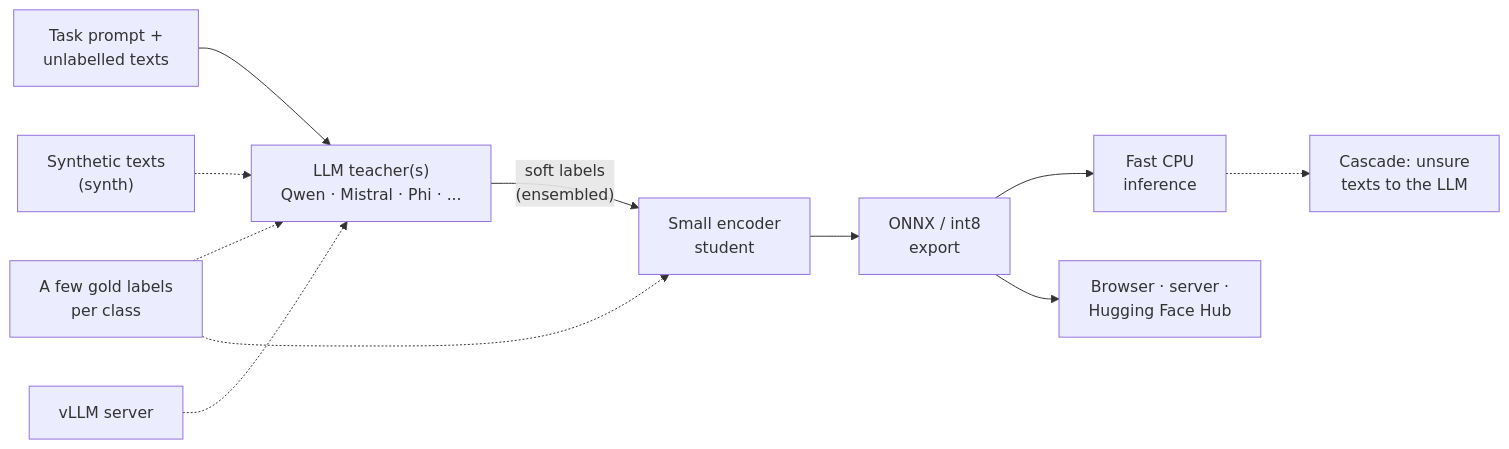
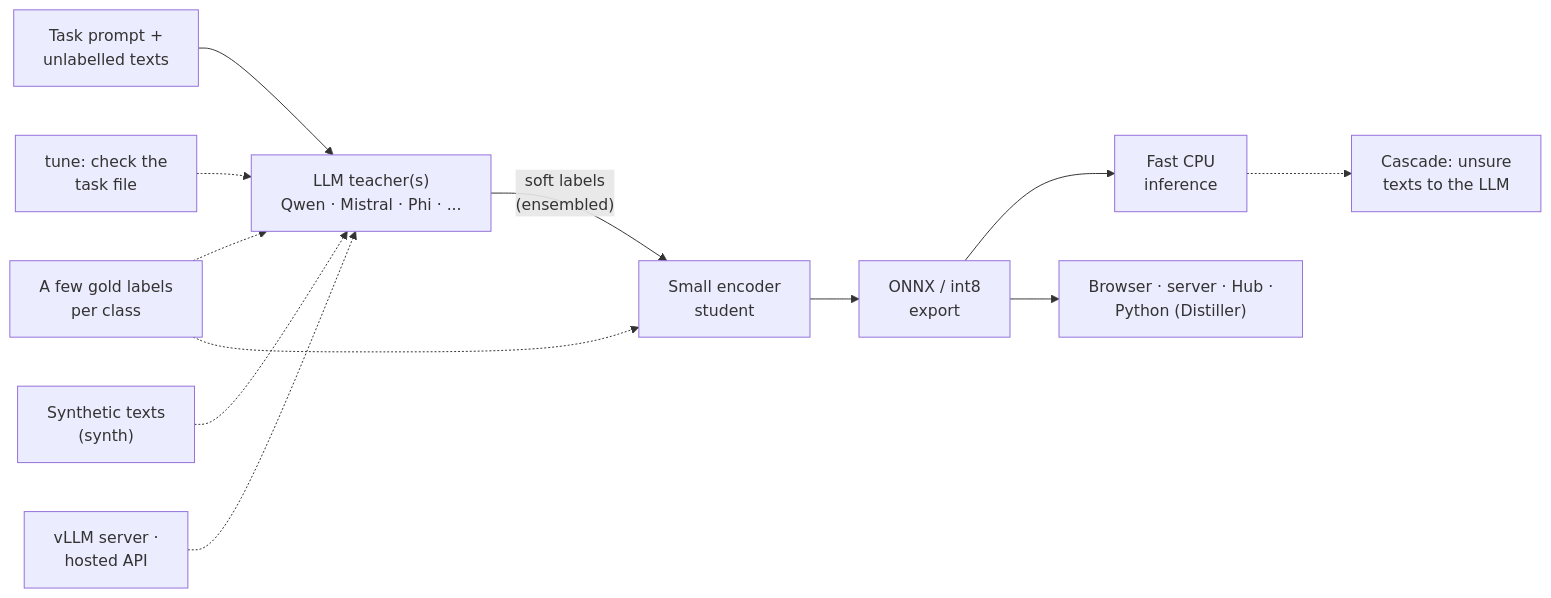
Before and after one commit to Andreas-Hum/Andreas-Hum: the diagram in README.md, drawn with Mermaid.

Commit message:
Profile: tinydistill diagram with hosted APIs, tune and the Python Distiller

````diff
--- a/README.md
+++ b/README.md
@@ -41,13 +41,14 @@
 ```mermaid
 flowchart LR
     A["Task prompt +<br/>unlabelled texts"] --> B["LLM teacher(s)<br/>Qwen · Mistral · Phi · ..."]
+    T["tune: check the<br/>task file"] -.-> B
     S["Synthetic texts<br/>(synth)"] -.-> B
-    V["vLLM server"] -.-> B
+    V["vLLM server ·<br/>hosted API"] -.-> B
     K["A few gold labels<br/>per class"] -.-> B
     K -.-> C
     B -- "soft labels<br/>(ensembled)" --> C["Small encoder<br/>student"]
     C --> D["ONNX / int8<br/>export"]
     D --> E["Fast CPU<br/>inference"]
-    D --> W["Browser · server ·<br/>Hugging Face Hub"]
+    D --> W["Browser · server · Hub ·<br/>Python (Distiller)"]
     E -.-> F["Cascade: unsure<br/>texts to the LLM"]
 ```
````
